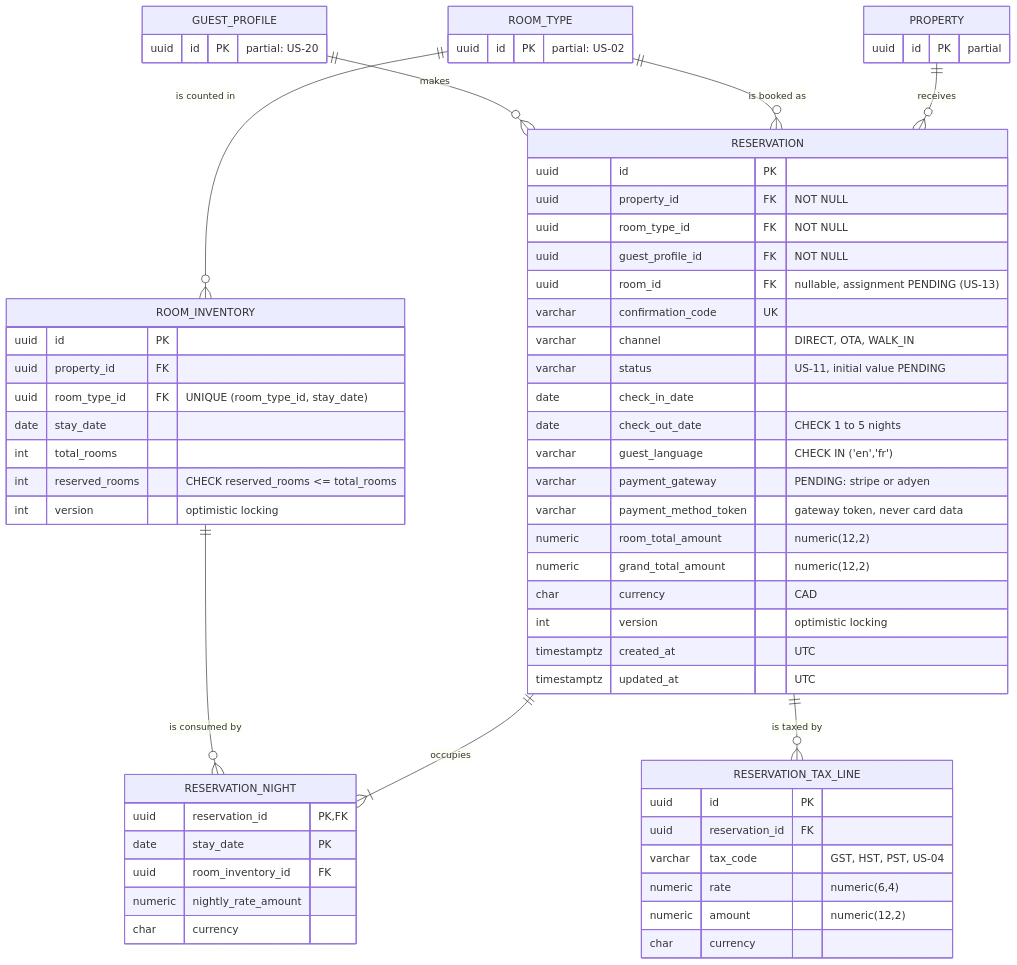
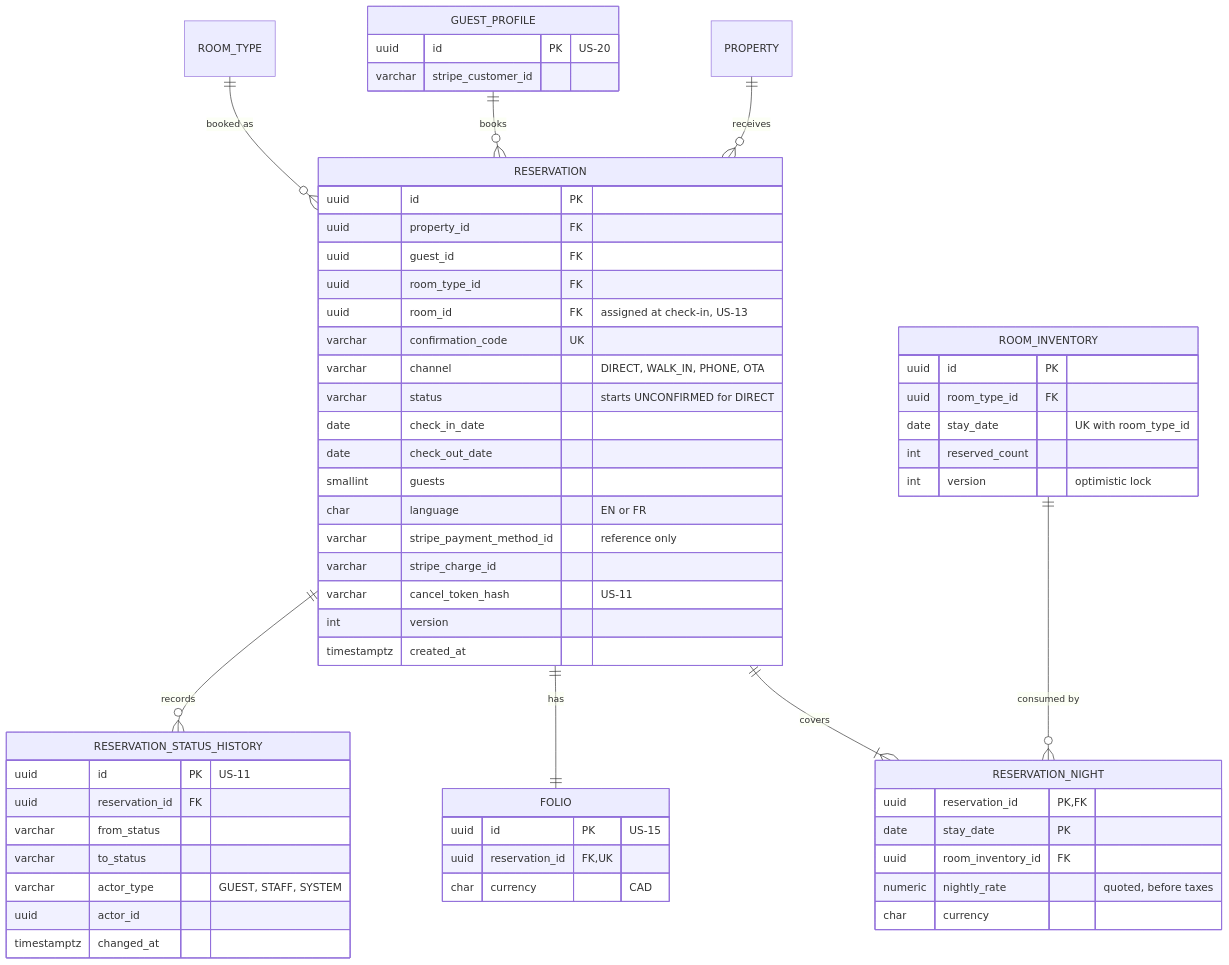
Before and after one commit to BraceroInSabot/Motel-Starmie: the second of 4 diagrams in docs/Initial Requirements/Diagrams/US-06 - Reservation Creation with Secure Card Tokenization.md, drawn with Mermaid. The commit also changed other lines of this file and 51 other files, not shown here.

````diff
--- a/docs/Initial Requirements/Diagrams/US-06 - Reservation Creation with Secure Card Tokenization.md
+++ b/docs/Initial Requirements/Diagrams/US-06 - Reservation Creation with Secure Card Tokenization.md
@@ -257,65 +197,62 @@
 ```mermaid
 erDiagram
     PROPERTY ||--o{ RESERVATION : "receives"
-    ROOM_TYPE ||--o{ RESERVATION : "is booked as"
-    GUEST_PROFILE ||--o{ RESERVATION : "makes"
-    RESERVATION ||--|{ RESERVATION_NIGHT : "occupies"
-    RESERVATION ||--o{ RESERVATION_TAX_LINE : "is taxed by"
-    ROOM_TYPE ||--o{ ROOM_INVENTORY : "is counted in"
-    ROOM_INVENTORY ||--o{ RESERVATION_NIGHT : "is consumed by"
+    GUEST_PROFILE ||--o{ RESERVATION : "books"
+    ROOM_TYPE ||--o{ RESERVATION : "booked as"
+    RESERVATION ||--|{ RESERVATION_NIGHT : "covers"
+    ROOM_INVENTORY ||--o{ RESERVATION_NIGHT : "consumed by"
+    RESERVATION ||--|| FOLIO : "has"
+    RESERVATION ||--o{ RESERVATION_STATUS_HISTORY : "records"
 
     RESERVATION {
         uuid id PK
-        uuid property_id FK "NOT NULL"
-        uuid room_type_id FK "NOT NULL"
-        uuid guest_profile_id FK "NOT NULL"
-        uuid room_id FK "nullable, assignment PENDING (US-13)"
+        uuid property_id FK
+        uuid guest_id FK
+        uuid room_type_id FK
+        uuid room_id FK "assigned at check-in, US-13"
         varchar confirmation_code UK
-        varchar channel "DIRECT, OTA, WALK_IN"
-        varchar status "US-11, initial value PENDING"
+        varchar channel "DIRECT, WALK_IN, PHONE, OTA"
+        varchar status "starts UNCONFIRMED for DIRECT"
         date check_in_date
-        date check_out_date "CHECK 1 to 5 nights"
-        varchar guest_language "CHECK IN ('en','fr')"
-        varchar payment_gateway "PENDING: stripe or adyen"
-        varchar payment_method_token "gateway token, never card data"
-        numeric room_total_amount "numeric(12,2)"
-        numeric grand_total_amount "numeric(12,2)"
-        char currency "CAD"
-        int version "optimistic locking"
-        timestamptz created_at "UTC"
-        timestamptz updated_at "UTC"
+        date check_out_date
+        smallint guests
+        char language "EN or FR"
+        varchar stripe_payment_method_id "reference only"
+        varchar stripe_charge_id
+        varchar cancel_token_hash "US-11"
+        int version
+        timestamptz created_at
     }
     RESERVATION_NIGHT {
         uuid reservation_id PK, FK
         date stay_date PK
         uuid room_inventory_id FK
-        numeric nightly_rate_amount
-        char currency
-    }
-    RESERVATION_TAX_LINE {
-        uuid id PK
-        uuid reservation_id FK
-        varchar tax_code "GST, HST, PST, US-04"
-        numeric rate "numeric(6,4)"
-        numeric amount "numeric(12,2)"
+        numeric nightly_rate "quoted, before taxes"
         char currency
     }
     ROOM_INVENTORY {
         uuid id PK
-        uuid property_id FK
-        uuid room_type_id FK "UNIQUE (room_type_id, stay_date)"
-        date stay_date
-        int total_rooms
-        int reserved_rooms "CHECK reserved_rooms <= total_rooms"
-        int version "optimistic locking"
+        uuid room_type_id FK
+        date stay_date "UK with room_type_id"
+        int reserved_count
+        int version "optimistic lock"
     }
-    ROOM_TYPE {
-        uuid id PK "partial: US-02"
+    FOLIO {
+        uuid id PK "US-15"
+        uuid reservation_id FK, UK
+        char currency "CAD"
+    }
+    RESERVATION_STATUS_HISTORY {
+        uuid id PK "US-11"
+        uuid reservation_id FK
+        varchar from_status
+        varchar to_status
+        varchar actor_type "GUEST, STAFF, SYSTEM"
+        uuid actor_id
+        timestamptz changed_at
     }
     GUEST_PROFILE {
-        uuid id PK "partial: US-20"
-    }
-    PROPERTY {
-        uuid id PK "partial"
+        uuid id PK "US-20"
+        varchar stripe_customer_id
     }
 ```
````
